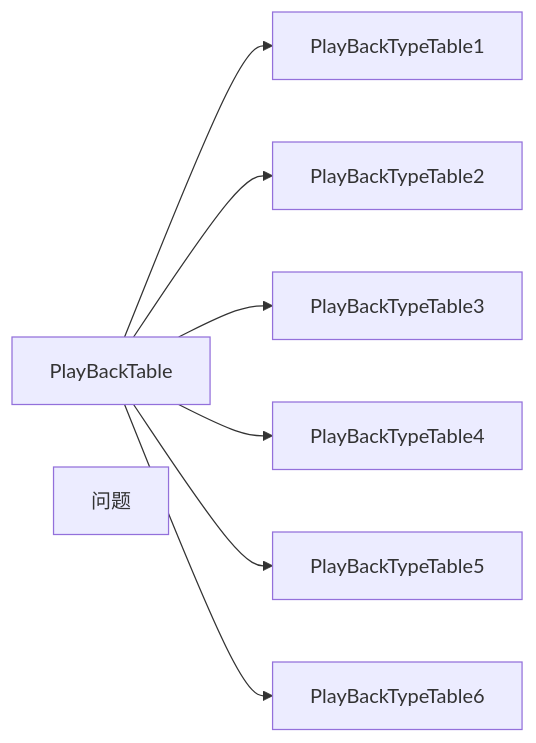
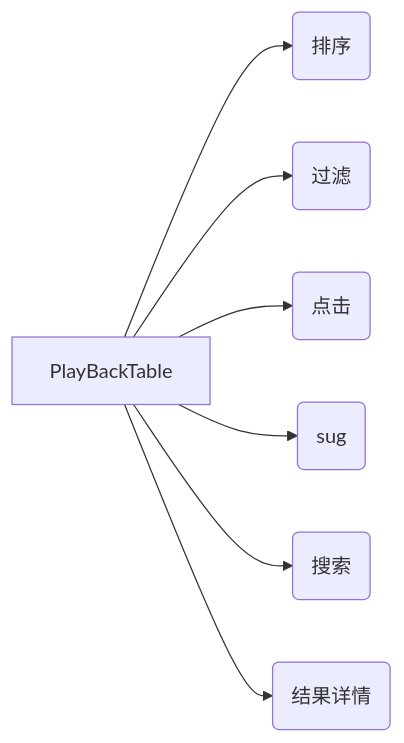
One commit to MagnetoWang/ideas-I-guess changed the ninth of 9 diagrams in 项目思路图/日志回放/日志回放开发流程.md. Above: the diagram before and after it, drawn with Mermaid. The commit also changed 2 other files, not shown here.

Commit message:
更新spring笔记 如何配置xml和javaConfig

````diff
--- a/项目思路图/日志回放/日志回放开发流程.md
+++ b/项目思路图/日志回放/日志回放开发流程.md
@@ -192,15 +192,15 @@
 ```mermaid
 graph LR
 PlayBackTable
 
 
 
-PlayBackTable-->PlayBackTypeTable1
-PlayBackTable-->PlayBackTypeTable2
-PlayBackTable-->PlayBackTypeTable3
-PlayBackTable-->PlayBackTypeTable4
-PlayBackTable-->PlayBackTypeTable5
-PlayBackTable-->PlayBackTypeTable6
+PlayBackTable-->PlayBackTypeTable1(排序)
+PlayBackTable-->PlayBackTypeTable2(过滤)
+PlayBackTable-->PlayBackTypeTable3(点击)
+PlayBackTable-->PlayBackTypeTable4(sug)
+PlayBackTable-->PlayBackTypeTable5(搜索)
+PlayBackTable-->PlayBackTypeTable6(结果详情)
 
-问题
+
 ```
````
